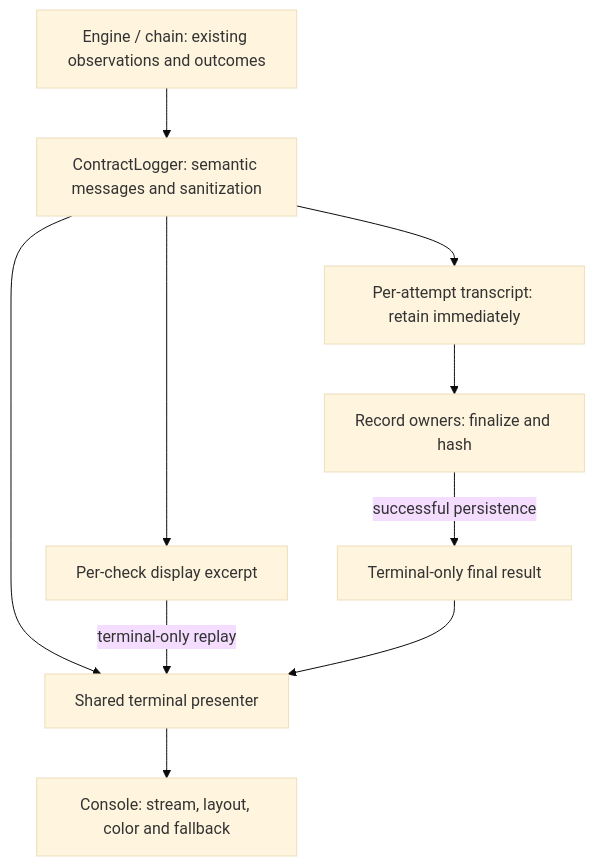
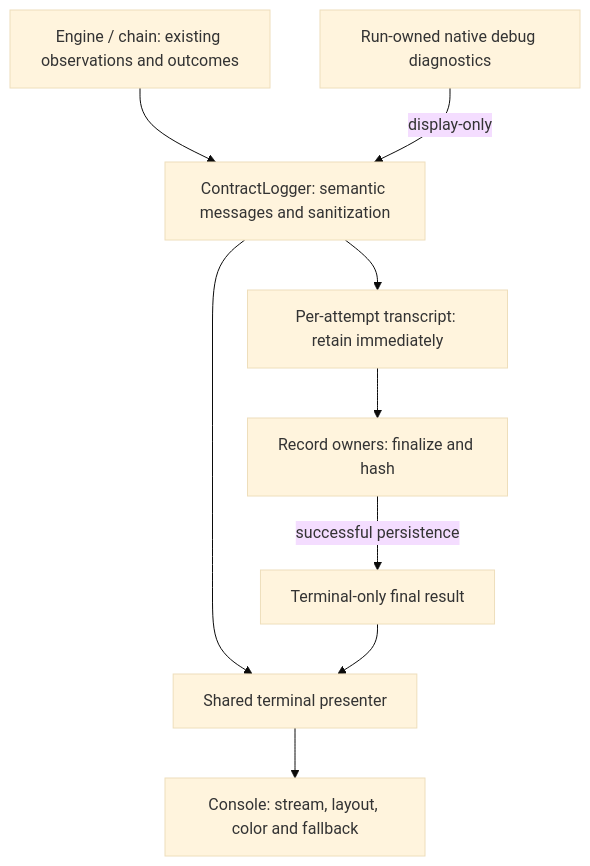
One commit to danielmeppiel/apmx changed the diagram in docs/terminal-output.md. Above: the diagram before and after it, drawn with Mermaid (base theme). The commit also changed other lines of this file and 34 other files, not shown here.

````diff
--- a/docs/terminal-output.md
+++ b/docs/terminal-output.md
@@ -96,12 +127,11 @@
 ```mermaid
 flowchart TD
     E["Engine / chain: existing observations and outcomes"] --> L["ContractLogger: semantic messages and sanitization"]
     L --> T["Per-attempt transcript: retain immediately"]
-    L --> B["Per-check display excerpt"]
     L --> D["Shared terminal presenter"]
-    B -->|"terminal-only replay"| D
+    N["Run-owned native debug diagnostics"] -->|"display-only"| L
     D --> C["Console: stream, layout, color and fallback"]
     T --> R["Record owners: finalize and hash"]
     R -->|"successful persistence"| F["Terminal-only final result"]
     F --> D
 ```
````
